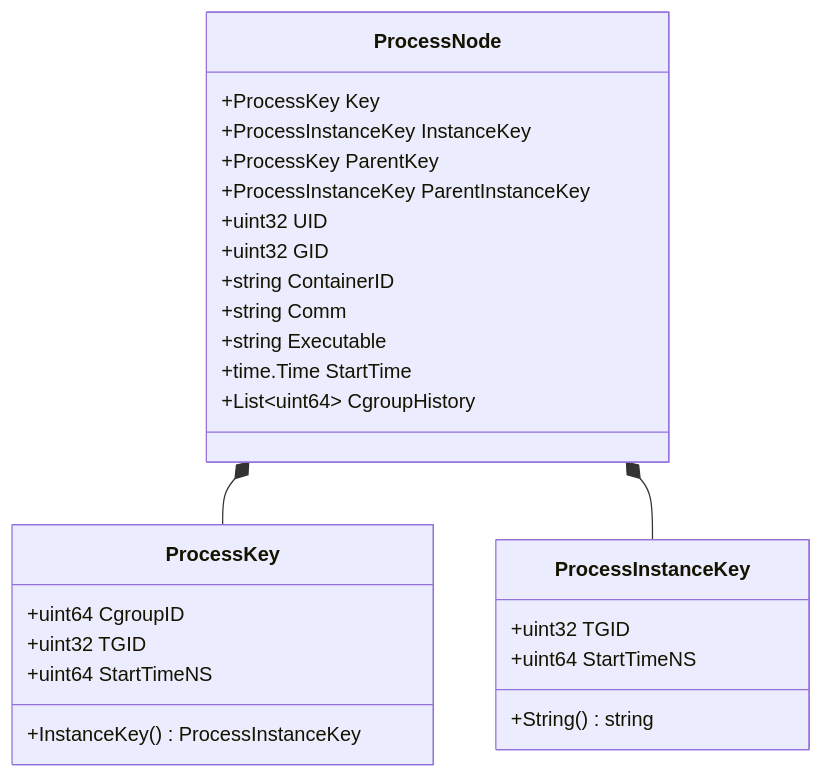
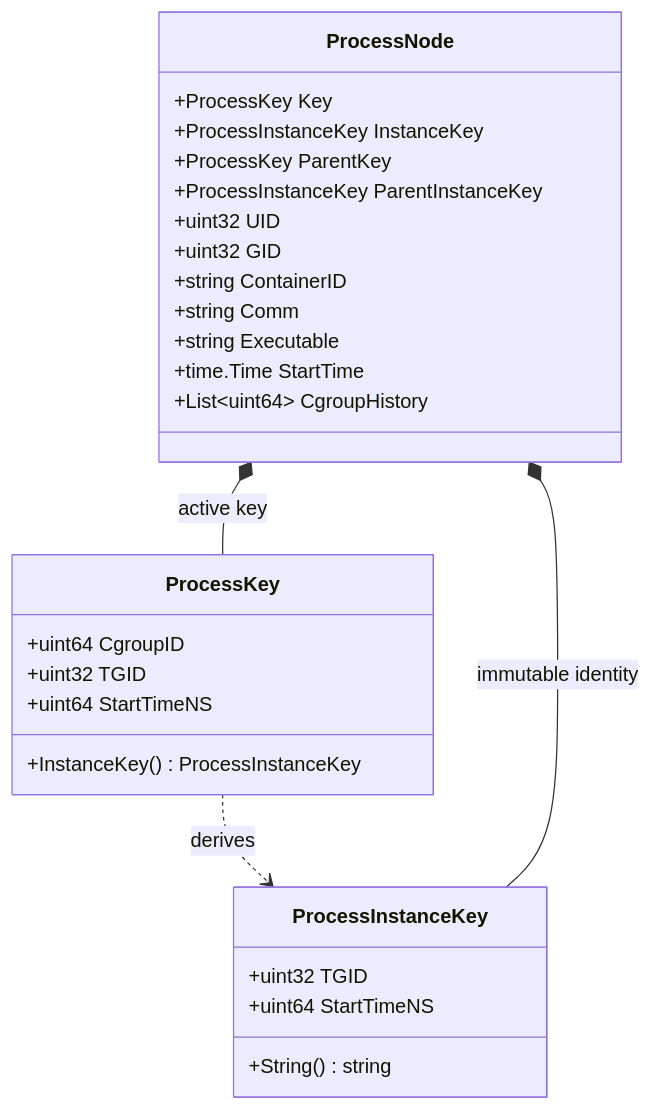
The fourth of 7 diagrams in README.md (ramKarthik57/containerguard), drawn with Mermaid before and after one commit. The commit also changed other lines of this file and 4 other files, not shown here.

First line of the commit message:
docs(diagrams): overhaul and perfect all mermaid architectural diagrams

````diff
--- a/README.md
+++ b/README.md
@@ -298,32 +323,33 @@
 ```mermaid
 classDiagram
     class ProcessInstanceKey {
         +uint32 TGID
         +uint64 StartTimeNS
         +String() string
     }
 
     class ProcessKey {
         +uint64 CgroupID
         +uint32 TGID
         +uint64 StartTimeNS
         +InstanceKey() ProcessInstanceKey
     }
 
     class ProcessNode {
         +ProcessKey Key
         +ProcessInstanceKey InstanceKey
         +ProcessKey ParentKey
         +ProcessInstanceKey ParentInstanceKey
         +uint32 UID
         +uint32 GID
         +string ContainerID
         +string Comm
         +string Executable
         +time.Time StartTime
         +List~uint64~ CgroupHistory
     }
 
-    ProcessNode *-- ProcessKey
-    ProcessNode *-- ProcessInstanceKey
+    ProcessKey ..> ProcessInstanceKey : derives
+    ProcessNode *-- ProcessKey : active key
+    ProcessNode *-- ProcessInstanceKey : immutable identity
 ```
````
